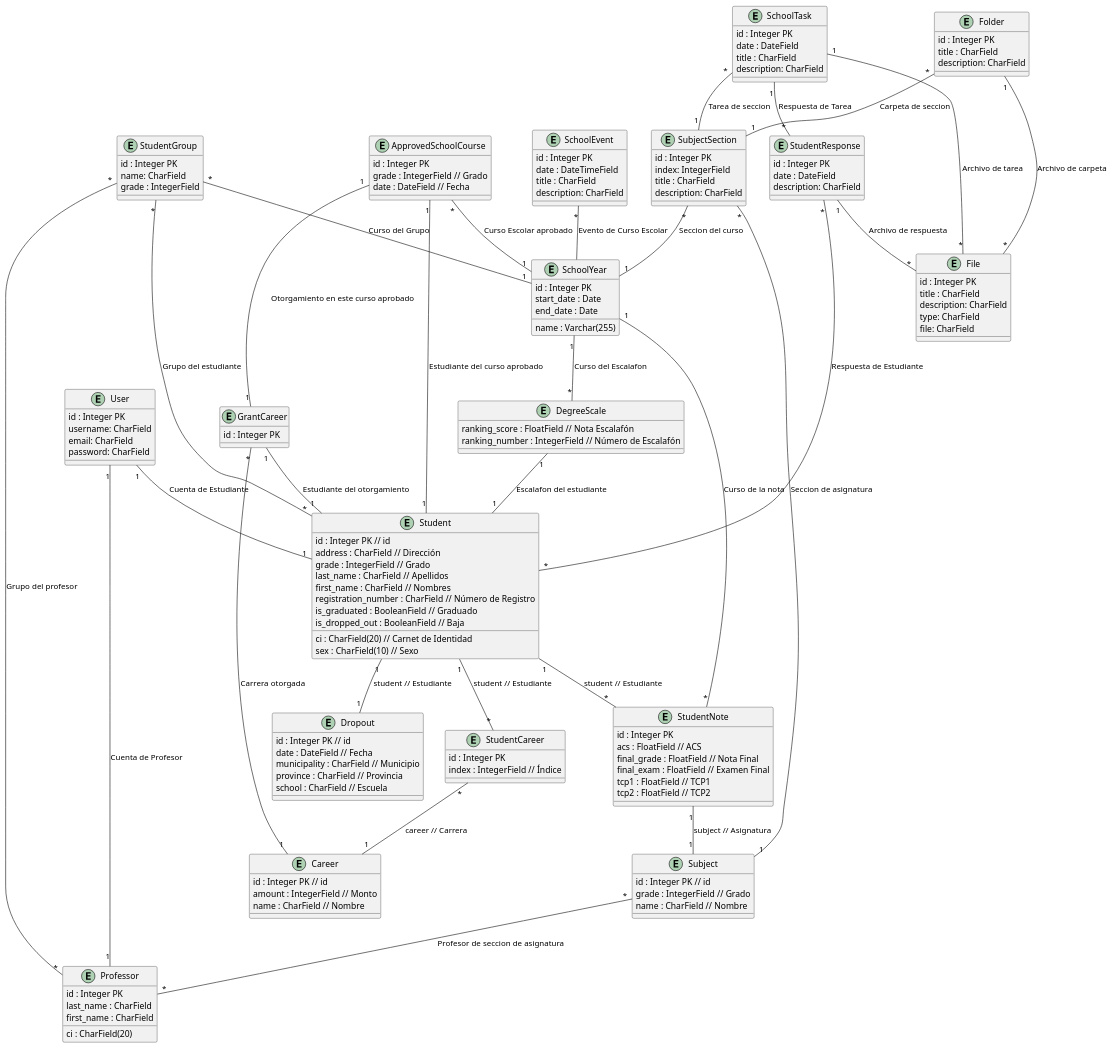
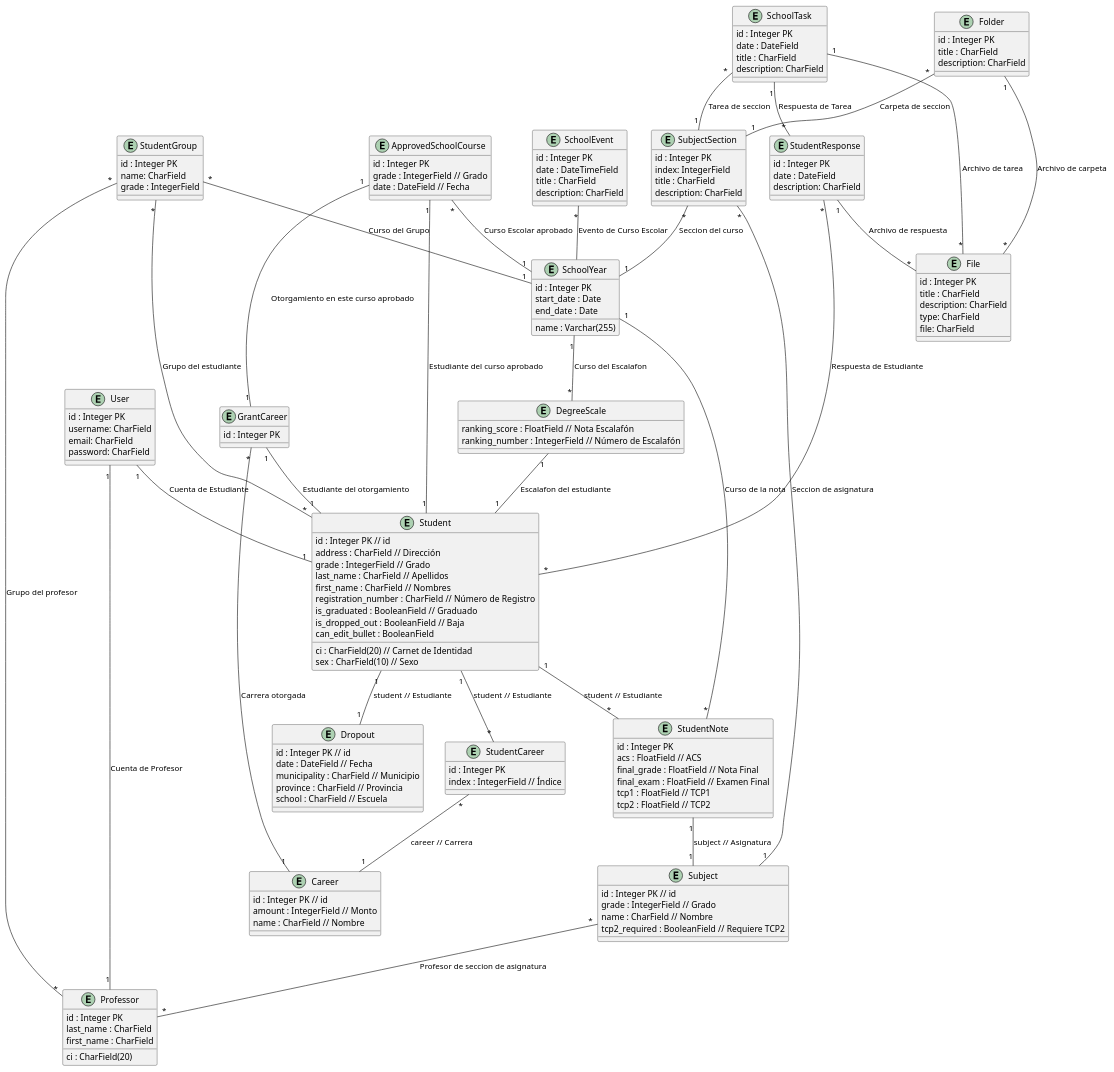
Before and after one commit to critBus/notas_estudiantes_back_drf: the diagram in docs/diagrams/src/architecture_overview.wsd, drawn with PlantUML.

Commit message:
esquema add campo puede editar boleta

```diff
--- a/docs/diagrams/src/architecture_overview.wsd
+++ b/docs/diagrams/src/architecture_overview.wsd
@@ -1,183 +1,185 @@
 @startuml
 
 entity Student {
     id : Integer PK // id
     ci : CharField(20) // Carnet de Identidad
     address : CharField // Dirección
     grade : IntegerField // Grado
     last_name : CharField // Apellidos
     first_name : CharField // Nombres
     registration_number : CharField // Número de Registro
     sex : CharField(10) // Sexo
     is_graduated : BooleanField // Graduado
     is_dropped_out : BooleanField // Baja
+    can_edit_bullet : BooleanField
 }
 
 entity Dropout {
     id : Integer PK // id
     date : DateField // Fecha
     municipality : CharField // Municipio
     province : CharField // Provincia
     school : CharField // Escuela
 }
 
 entity Career {
     id : Integer PK // id
     amount : IntegerField // Monto
     name : CharField // Nombre
 }
 
 
 entity Subject {
     id : Integer PK // id
     grade : IntegerField // Grado
     name : CharField // Nombre
+    tcp2_required : BooleanField // Requiere TCP2
 }
 
 entity SchoolYear {
     id : Integer PK
     start_date : Date
     end_date : Date
     name : Varchar(255)
 }
 
 
 entity StudentNote {
     id : Integer PK
     acs : FloatField // ACS
     final_grade : FloatField // Nota Final
     final_exam : FloatField // Examen Final
     tcp1 : FloatField // TCP1
     tcp2 : FloatField // TCP2
 }
 
 
 
 entity StudentCareer {
     id : Integer PK
     index : IntegerField // Índice
 }
 
 entity DegreeScale {
     ranking_score : FloatField // Nota Escalafón
     ranking_number : IntegerField // Número de Escalafón
 }
 entity GrantCareer{
     id : Integer PK
 }
 
 entity ApprovedSchoolCourse{
     id : Integer PK
     grade : IntegerField // Grado
     date : DateField // Fecha
 }
 
 entity SubjectSection{
     id : Integer PK
     index: IntegerField
     title : CharField
     description: CharField
 }
 entity Folder{
     id : Integer PK
     title : CharField
     description: CharField
 }
 entity File{
     id : Integer PK
     title : CharField
     description: CharField
     type: CharField
     file: CharField
 }
 entity Professor {
     id : Integer PK
     ci : CharField(20)
     last_name : CharField
     first_name : CharField
 }
 
 entity SchoolTask{
     id : Integer PK
     date : DateField
     title : CharField
     description: CharField
 }
 entity StudentResponse{
     id : Integer PK
     date : DateField
     description: CharField
 }
 
 
 
 entity SchoolEvent {
     id : Integer PK
     date : DateTimeField
     title : CharField
     description: CharField
 }
 
 entity User{
     id : Integer PK
     username: CharField
     email: CharField
     password: CharField
 }
 
 entity StudentGroup {
     id : Integer PK
     name: CharField
     grade : IntegerField 
 }
 
 StudentGroup "*" -- "*" Student: Grupo del estudiante
 StudentGroup "*" -- "*" Professor: Grupo del profesor
 StudentGroup "*" -- "1" SchoolYear : Curso del Grupo
 
 User "1" -- "1" Professor : Cuenta de Profesor
 User "1" -- "1" Student : Cuenta de Estudiante
 
 
 
 
 SchoolEvent "*" -- SchoolYear : Evento de Curso Escolar
 
 SubjectSection "*" -- "1" SchoolYear : Seccion del curso
 SubjectSection "*" -- "1" Subject : Seccion de asignatura
 SchoolTask "*" -- "1" SubjectSection : Tarea de seccion
 
 Folder "*" -- "1" SubjectSection : Carpeta de seccion
 Folder "1" -- "*" File : Archivo de carpeta
 
 SchoolTask "1" -- "*" File : Archivo de tarea
 SchoolTask "1" -- "*" StudentResponse : Respuesta de Tarea
 
 StudentResponse "1" -- "*" File : Archivo de respuesta
 StudentResponse "*" -- "*" Student : Respuesta de Estudiante
 
 Subject "*" -- "*" Professor : Profesor de seccion de asignatura
 
 ApprovedSchoolCourse "1" -- "1" Student : Estudiante del curso aprobado
 ApprovedSchoolCourse "*" -- "1" SchoolYear : Curso Escolar aprobado
 ApprovedSchoolCourse "1" -- "1" GrantCareer : Otorgamiento en este curso aprobado
 
 GrantCareer "1" -- "1" Student : Estudiante del otorgamiento
 GrantCareer "*" -- "1" Career : Carrera otorgada
 
 
 SchoolYear "1" -- "*" DegreeScale :  Curso del Escalafon
 SchoolYear "1" -- "*" StudentNote : Curso de la nota
 
 DegreeScale "1" -- "1" Student : Escalafon del estudiante
 
 Student "1" -- "1" Dropout : student // Estudiante
 Student "1" -- "*" StudentNote : student // Estudiante
 Student "1" -- "*" StudentCareer : student // Estudiante
 
 
 
 StudentNote "1" -- "1" Subject : subject // Asignatura
 StudentCareer "*" -- "1" Career : career // Carrera
 
 @enduml
```
